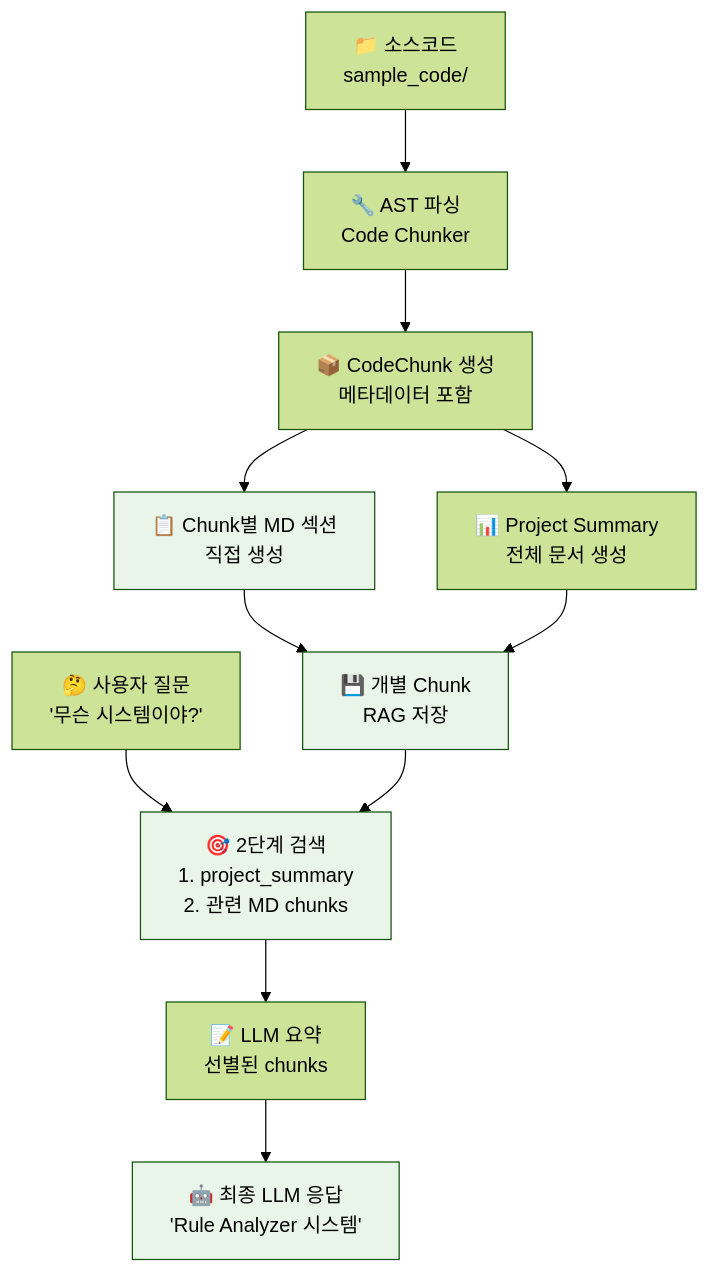
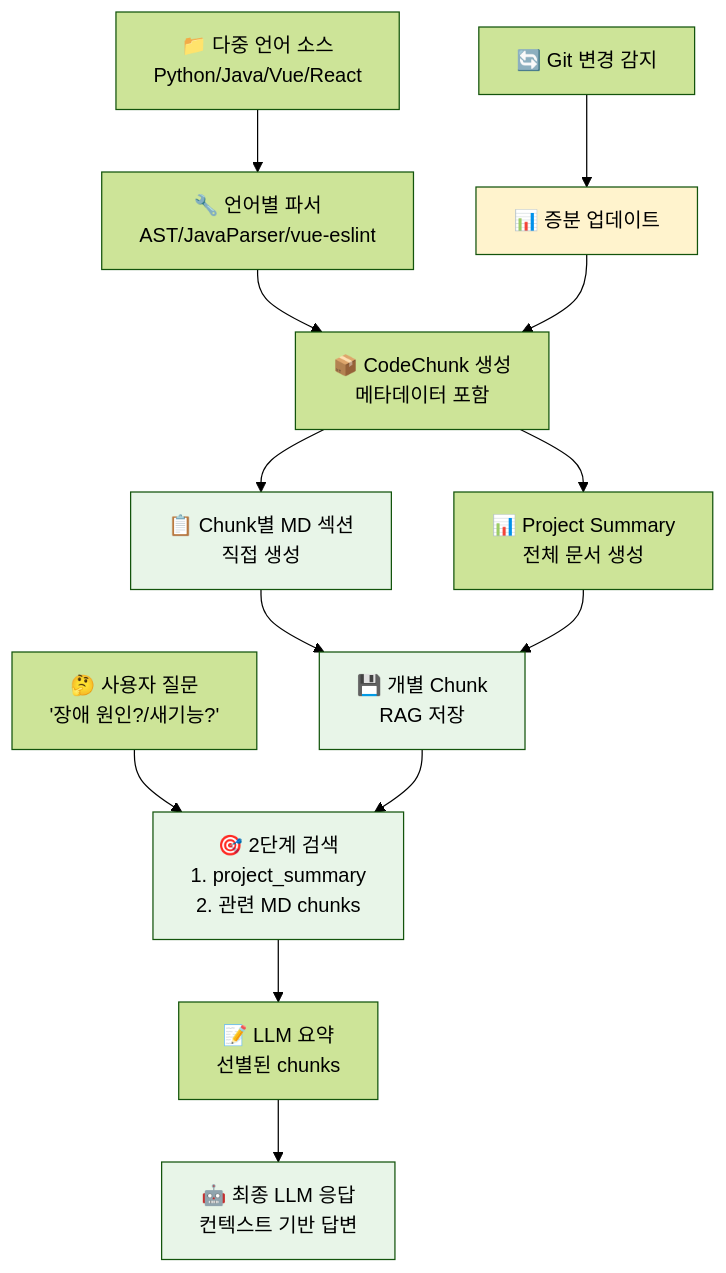
One commit to yeonjae-personal/codemuse-backend changed the first of 3 diagrams in CodeMuse_Design_Document.md. Above: the diagram before and after it, drawn with Mermaid (forest theme). The commit also changed other lines of this file and 3378 other files, not shown here.

First line of the commit message:
feat: CodeMuse 설계서 대폭 업데이트 - 종합 AI 어시스턴트 플랫폼으로 확장

````diff
--- a/CodeMuse_Design_Document.md
+++ b/CodeMuse_Design_Document.md
@@ -22,20 +78,24 @@
 ```mermaid
 graph TD
-    A[📁 소스코드<br/>sample_code/] --> B[🔧 AST 파싱<br/>Code Chunker]
+    A[📁 다중 언어 소스<br/>Python/Java/Vue/React] --> B[🔧 언어별 파서<br/>AST/JavaParser/vue-eslint]
     B --> C[📦 CodeChunk 생성<br/>메타데이터 포함]
     C --> D[📋 Chunk별 MD 섹션<br/>직접 생성]
     C --> E[📊 Project Summary<br/>전체 문서 생성]
     D --> F[💾 개별 Chunk<br/>RAG 저장]
     E --> F
     
-    G[🤔 사용자 질문<br/>'무슨 시스템이야?'] --> H[🎯 2단계 검색<br/>1. project_summary<br/>2. 관련 MD chunks]
+    G[🤔 사용자 질문<br/>'장애 원인?/새기능?'] --> H[🎯 2단계 검색<br/>1. project_summary<br/>2. 관련 MD chunks]
     H --> I[📝 LLM 요약<br/>선별된 chunks]
-    I --> J[🤖 최종 LLM 응답<br/>'Rule Analyzer 시스템']
+    I --> J[🤖 최종 LLM 응답<br/>컨텍스트 기반 답변]
     
     F --> H
+    
+    K[🔄 Git 변경 감지] --> L[📊 증분 업데이트]
+    L --> C
     
     style D fill:#e8f5e8
     style F fill:#e8f5e8
     style H fill:#e8f5e8
     style J fill:#e8f5e8
+    style L fill:#fff3cd
 ```
````
